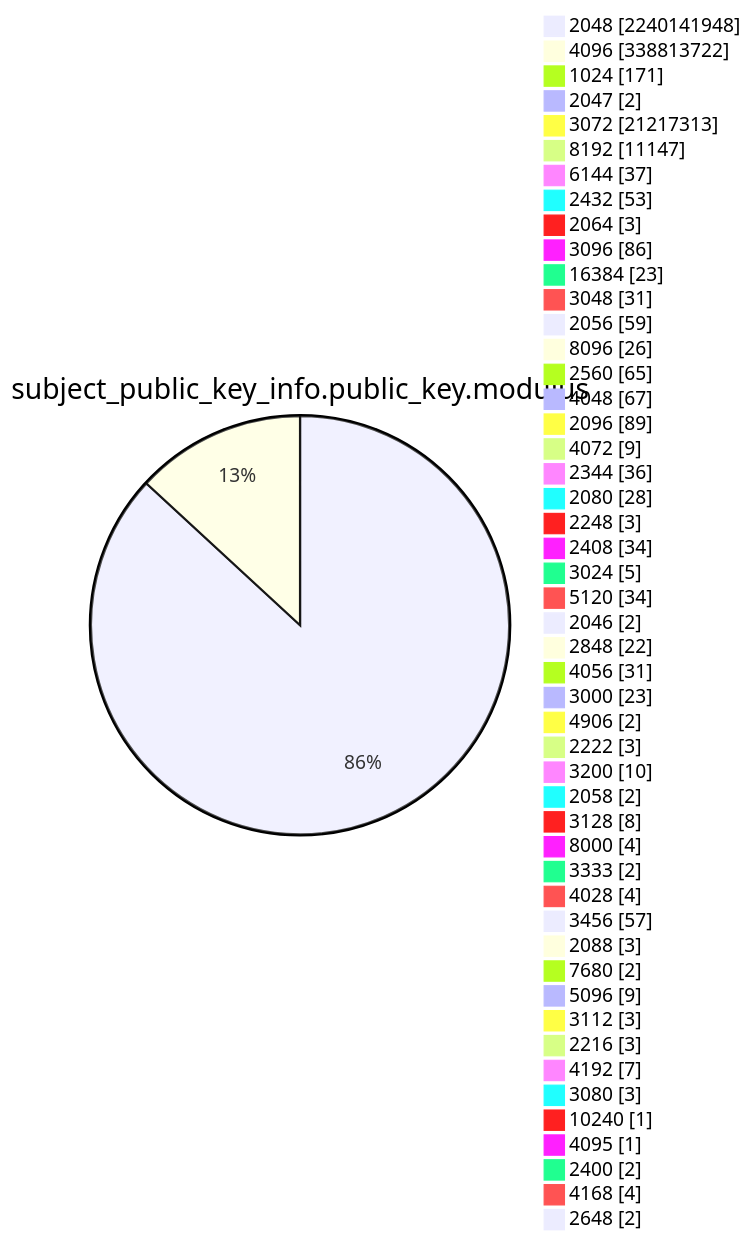
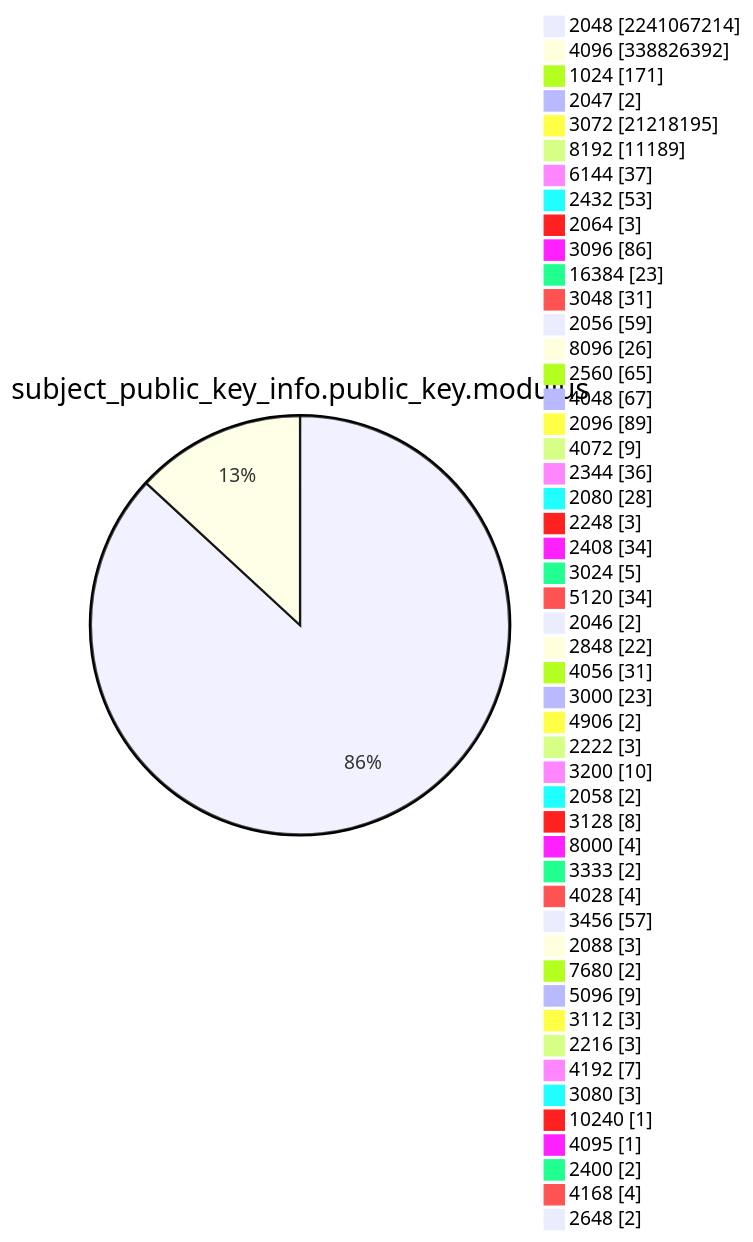
Diagram 13 of 15 in TOTAL/README.md (christiankrug/ctmonitor_visualization), drawn with Mermaid before and after one commit. The commit also changed other lines of this file, not shown here.

````diff
--- a/TOTAL/README.md
+++ b/TOTAL/README.md
@@ -4159,53 +4159,53 @@
 ```mermaid
 pie showData
 title subject_public_key_info.public_key.modulus
-"2048" :2240141948
-"4096" :338813722
+"2048" :2241067214
+"4096" :338826392
 "1024" :171
 "2047" :2
-"3072" :21217313
-"8192" :11147
+"3072" :21218195
+"8192" :11189
 "6144" :37
 "2432" :53
 "2064" :3
 "3096" :86
 "16384" :23
 "3048" :31
 "2056" :59
 "8096" :26
 "2560" :65
 "4048" :67
 "2096" :89
 "4072" :9
 "2344" :36
 "2080" :28
 "2248" :3
 "2408" :34
 "3024" :5
 "5120" :34
 "2046" :2
 "2848" :22
 "4056" :31
 "3000" :23
 "4906" :2
 "2222" :3
 "3200" :10
 "2058" :2
 "3128" :8
 "8000" :4
 "3333" :2
 "4028" :4
 "3456" :57
 "2088" :3
 "7680" :2
 "5096" :9
 "3112" :3
 "2216" :3
 "4192" :7
 "3080" :3
 "10240" :1
 "4095" :1
 "2400" :2
 "4168" :4
 "2648" :2
 ```
````
